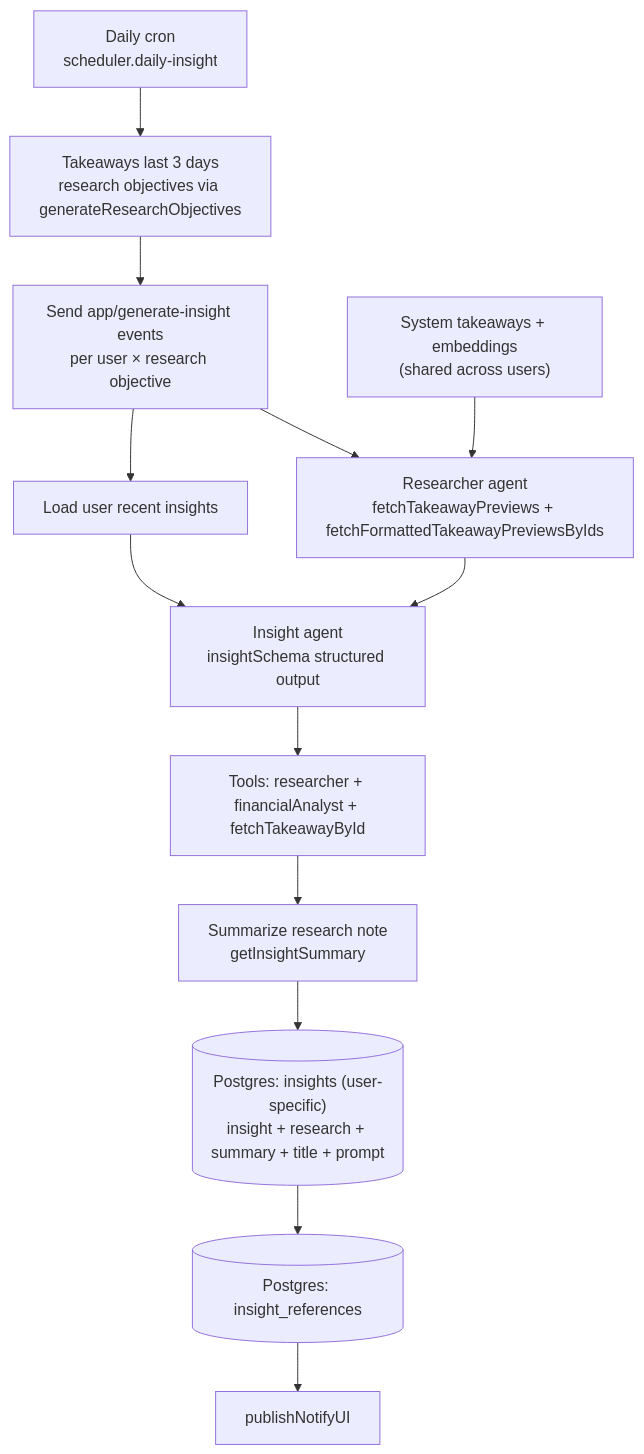
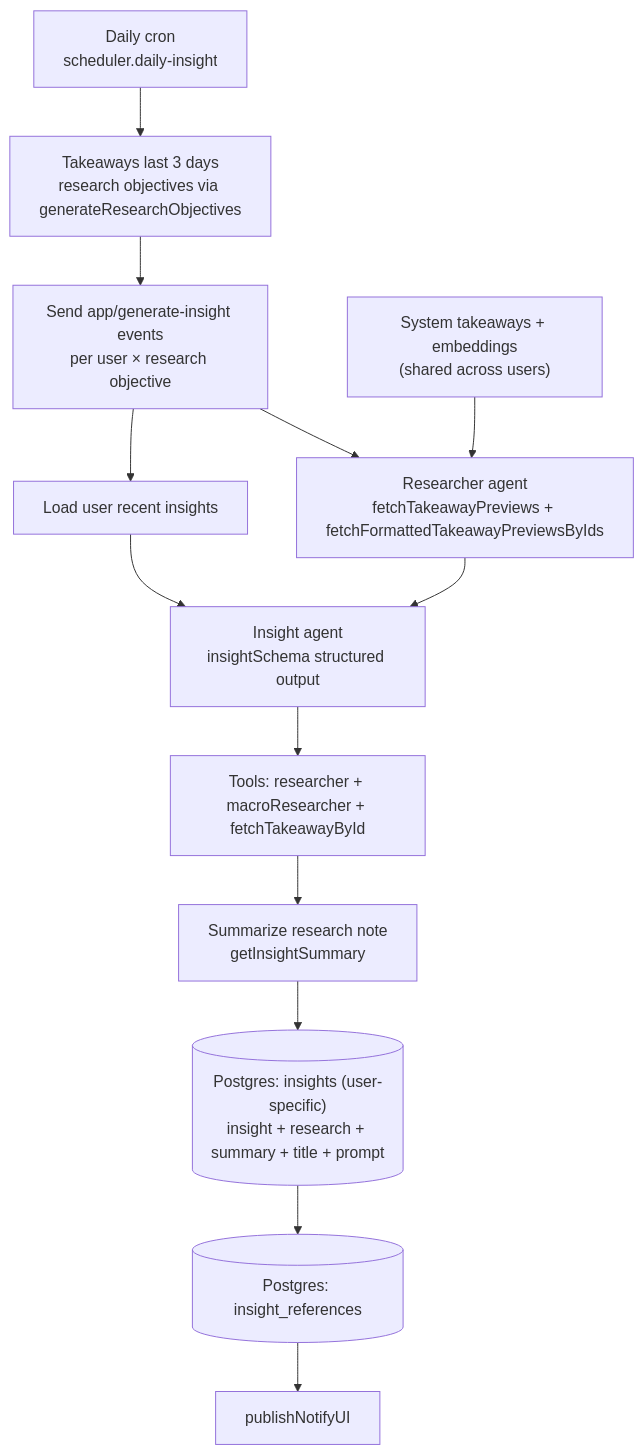
Before and after one commit to starmode-base/expert-system: the second of 2 diagrams in documentation/INSIGHT_GENERATION_BACKEND_FLOW.md, drawn with Mermaid. The commit also changed other lines of this file and 18 other files, not shown here.

````diff
--- a/documentation/INSIGHT_GENERATION_BACKEND_FLOW.md
+++ b/documentation/INSIGHT_GENERATION_BACKEND_FLOW.md
@@ -161,16 +161,16 @@
 ```mermaid
 flowchart TD
   T["System takeaways + embeddings<br/>(shared across users)"]
   A["Daily cron<br/>scheduler.daily-insight"] --> B["Takeaways last 3 days<br/>research objectives via generateResearchObjectives"]
   B --> C["Send app/generate-insight events<br/>per user × research objective"]
   C --> D["Load user recent insights"]
   C --> E["Researcher agent<br/>fetchTakeawayPreviews + fetchFormattedTakeawayPreviewsByIds"]
   T --> E
   D --> F["Insight agent<br/>insightSchema structured output"]
   E --> F
-  F --> G["Tools: researcher + financialAnalyst + fetchTakeawayById"]
+  F --> G["Tools: researcher + macroResearcher + fetchTakeawayById"]
   G --> H["Summarize research note<br/>getInsightSummary"]
   H --> I[("Postgres: insights (user-specific)<br/>insight + research + summary + title + prompt")]
   I --> J[("Postgres: insight_references")]
   J --> K["publishNotifyUI"]
 ```
````
